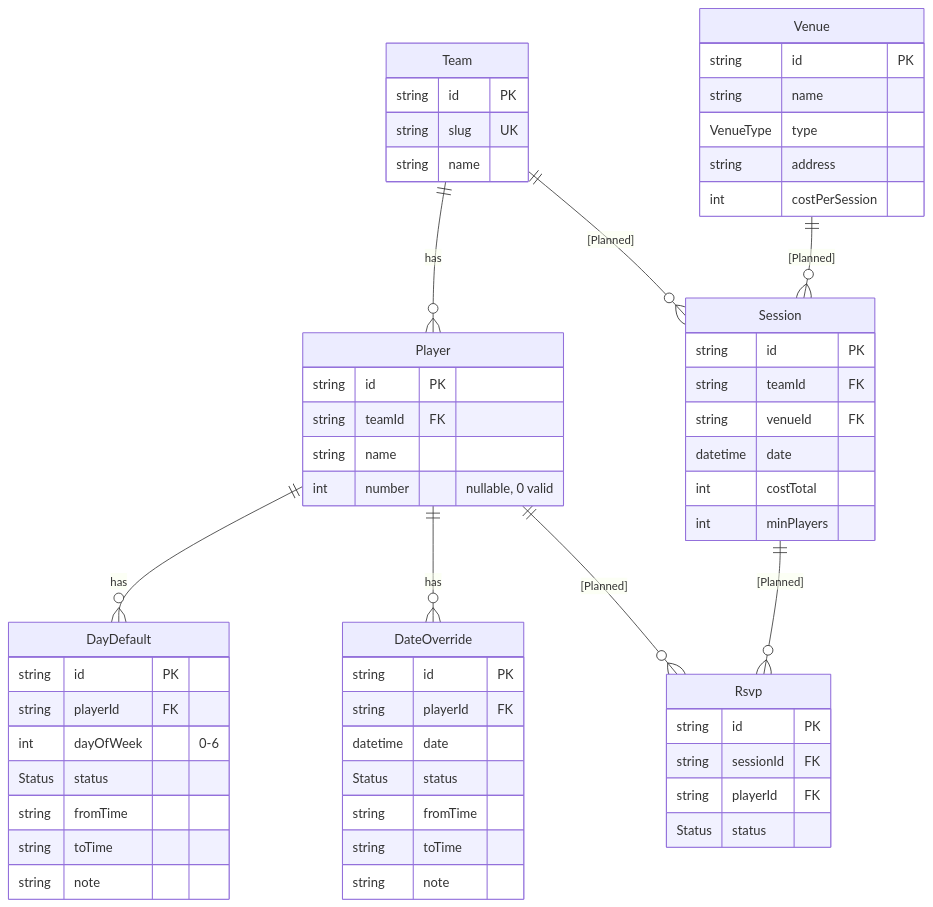
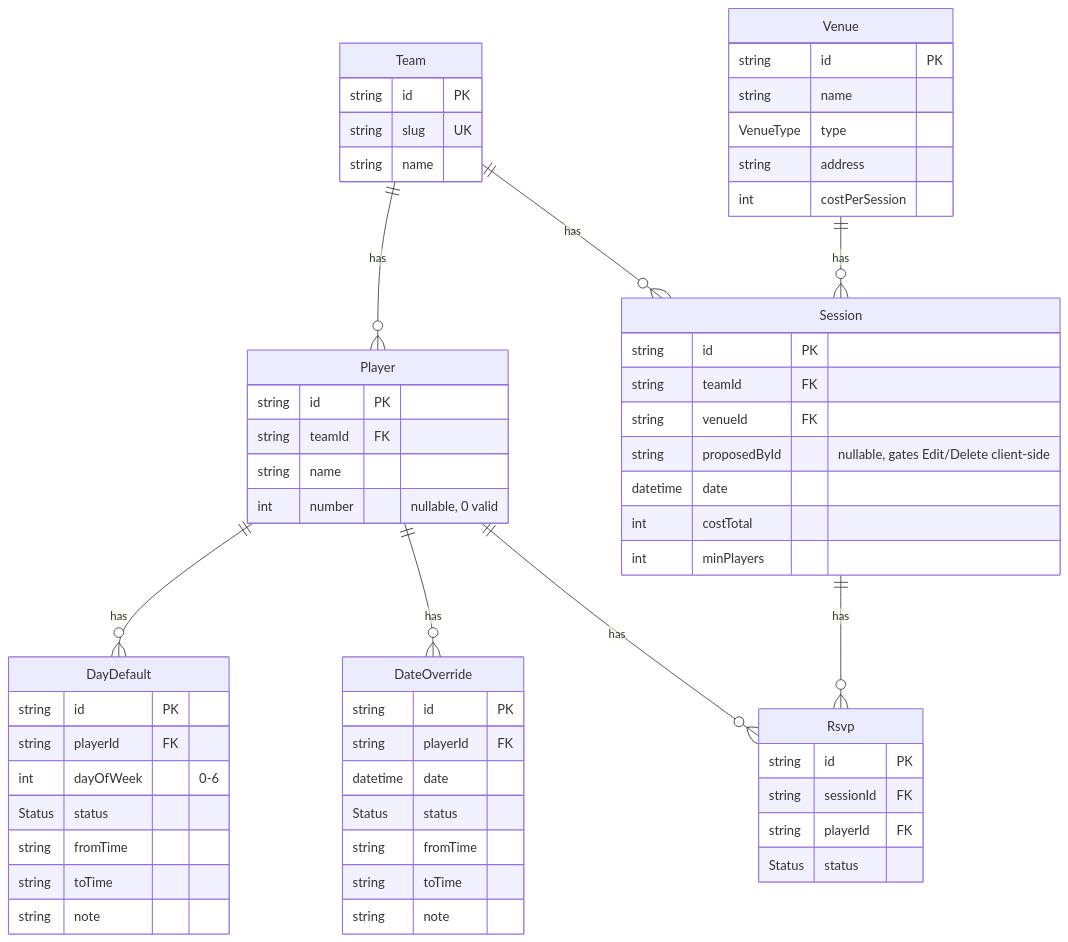
Before and after one commit to tmdbah/practice-runs: the third of 11 diagrams in context/practiceRuns-Architecture.md, drawn with Mermaid. The commit also changed other lines of this file and 3 other files, not shown here.

````diff
--- a/context/practiceRuns-Architecture.md
+++ b/context/practiceRuns-Architecture.md
@@ -95,61 +95,62 @@
 ```mermaid
 erDiagram
     Team ||--o{ Player : has
     Player ||--o{ DayDefault : has
     Player ||--o{ DateOverride : has
-    Team ||--o{ Session : "[Planned]"
-    Venue ||--o{ Session : "[Planned]"
-    Session ||--o{ Rsvp : "[Planned]"
-    Player ||--o{ Rsvp : "[Planned]"
+    Team ||--o{ Session : has
+    Venue ||--o{ Session : has
+    Session ||--o{ Rsvp : has
+    Player ||--o{ Rsvp : has
 
     Team {
         string id PK
         string slug UK
         string name
     }
     Player {
         string id PK
         string teamId FK
         string name
         int number "nullable, 0 valid"
     }
     DayDefault {
         string id PK
         string playerId FK
         int dayOfWeek "0-6"
         Status status
         string fromTime
         string toTime
         string note
     }
     DateOverride {
         string id PK
         string playerId FK
         datetime date
         Status status
         string fromTime
         string toTime
         string note
     }
     Venue {
         string id PK
         string name
         VenueType type
         string address
         int costPerSession
     }
     Session {
         string id PK
         string teamId FK
         string venueId FK
+        string proposedById "nullable, gates Edit/Delete client-side"
         datetime date
         int costTotal
         int minPlayers
     }
     Rsvp {
         string id PK
         string sessionId FK
         string playerId FK
         Status status
     }
 ```
````
